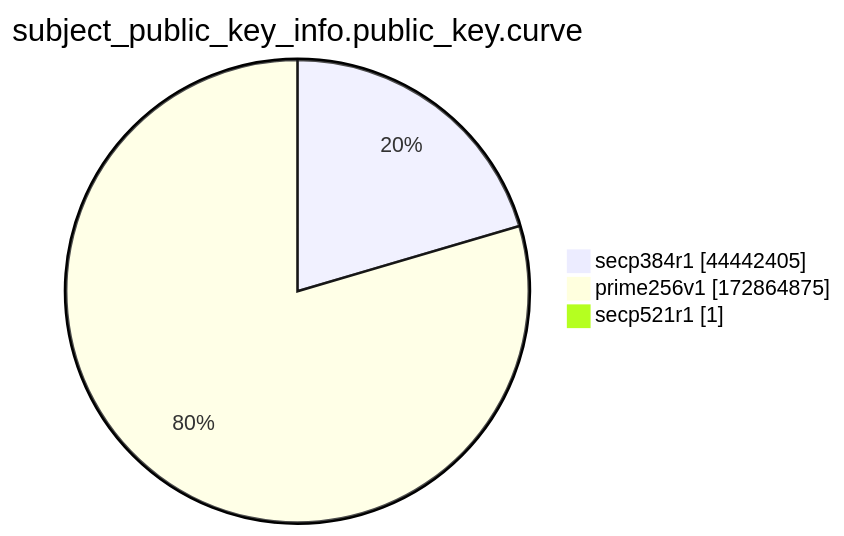
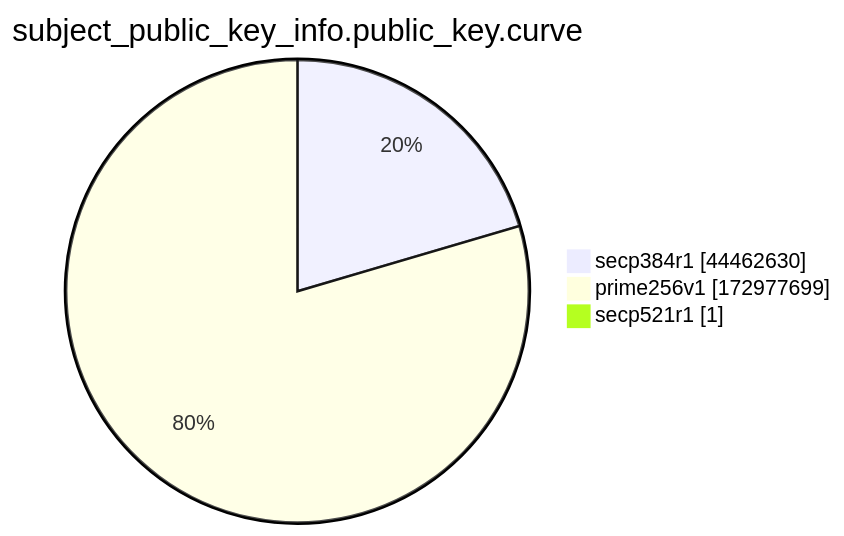
One commit to christiankrug/ctmonitor_visualization changed the ninth of 15 diagrams in xenon2022/README.md. Above: the diagram before and after it, drawn with Mermaid. The commit also changed other lines of this file, not shown here.

````diff
--- a/xenon2022/README.md
+++ b/xenon2022/README.md
@@ -2871,7 +2871,7 @@
 ```mermaid
 pie showData
 title subject_public_key_info.public_key.curve
-"secp384r1" :44442405
-"prime256v1" :172864875
+"secp384r1" :44462630
+"prime256v1" :172977699
 "secp521r1" :1
 ```
````
